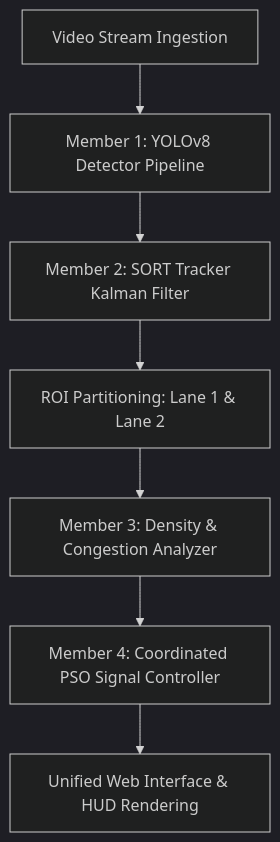
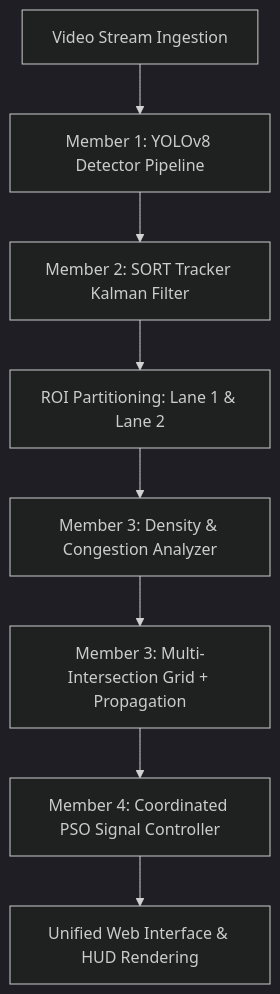
One commit to anjanamoduvil/Hybrid-Swarm-Intelligence-and-Reinforcement-Learning-for-Adaptive-Urban-Traffic-Coordination changed the diagram in README.md. Above: the diagram before and after it, drawn with Mermaid (dark theme). The commit also changed other lines of this file, not shown here.

Commit message:
Member 3 Changes

````diff
--- a/README.md
+++ b/README.md
@@ -11,9 +11,10 @@
 ```mermaid
 graph TD
     A[Video Stream Ingestion] --> B[Member 1: YOLOv8 Detector Pipeline]
     B --> C[Member 2: SORT Tracker Kalman Filter]
     C --> D[ROI Partitioning: Lane 1 & Lane 2]
     D --> E[Member 3: Density & Congestion Analyzer]
-    E --> F[Member 4: Coordinated PSO Signal Controller]
+    E --> E2[Member 3: Multi-Intersection Grid + Propagation]
+    E2 --> F[Member 4: Coordinated PSO Signal Controller]
     F --> G[Unified Web Interface & HUD Rendering]
 ```
````
